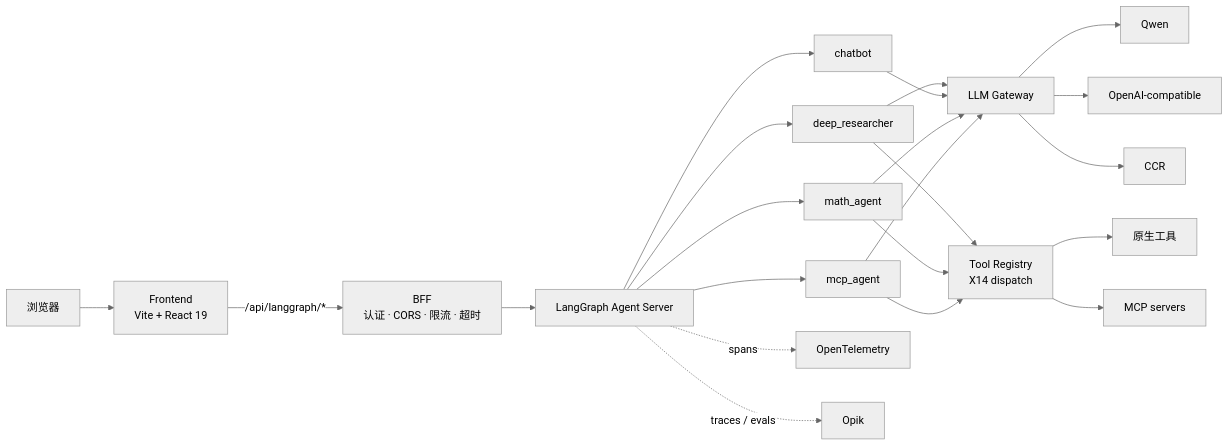
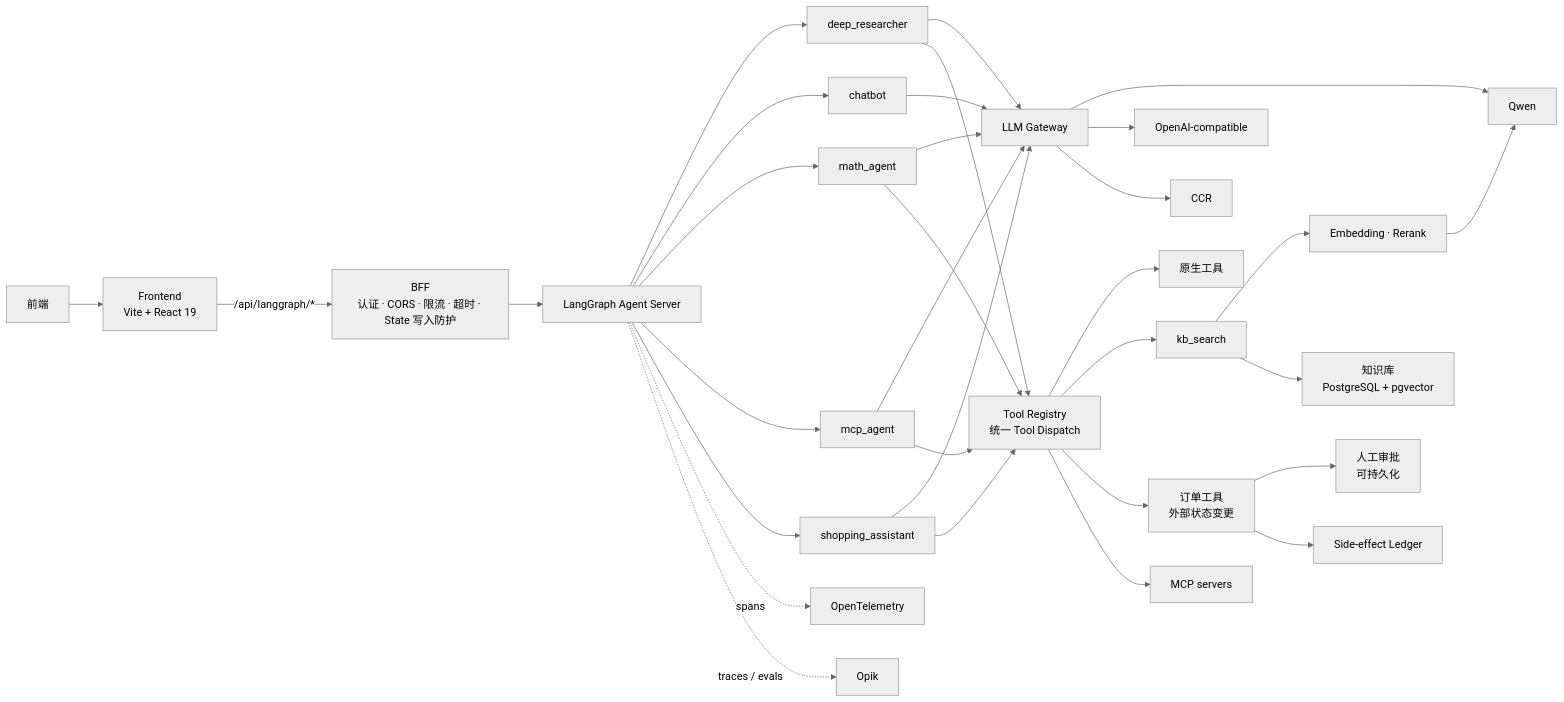
Before and after one commit to HsienW/chat-gun: the diagram in README.zh-CN.md, drawn with Mermaid (neutral theme). The commit also changed other lines of this file and 2 other files, not shown here.

````diff
--- a/README.zh-CN.md
+++ b/README.zh-CN.md
@@ -67,42 +159,59 @@
 ```mermaid
 flowchart LR
-  B["浏览器"]
+  B["前端"]
   F["Frontend<br/>Vite + React 19"]
-  G["BFF<br/>认证 · CORS · 限流 · 超时"]
+  G["BFF<br/>认证 · CORS · 限流 · 超时 · State 写入防护"]
   L["LangGraph Agent Server"]
   A1["deep_researcher"]
   A2["chatbot"]
   A3["math_agent"]
   A4["mcp_agent"]
+  A5["shopping_assistant"]
   GW["LLM Gateway"]
   Q["Qwen"]
   O["OpenAI-compatible"]
   C["CCR"]
-  TR["Tool Registry<br/>X14 dispatch"]
+  TR["Tool Registry<br/>统一 Tool Dispatch"]
   NT["原生工具"]
+  KB["kb_search"]
+  OD["订单工具<br/>外部状态变更"]
   MT["MCP servers"]
+  EM["Embedding · Rerank"]
+  KS["知识库<br/>PostgreSQL + pgvector"]
+  HI["人工审批<br/>可持久化"]
+  LG["Side-effect Ledger"]
   OT["OpenTelemetry"]
   OP["Opik"]
 
   B --> F
   F -->|"/api/langgraph/*"| G
   G --> L
   L --> A1
   L --> A2
   L --> A3
   L --> A4
+  L --> A5
   A1 --> GW
   A2 --> GW
   A3 --> GW
   A4 --> GW
+  A5 --> GW
   GW --> Q
   GW --> O
   GW --> C
   A1 --> TR
   A3 --> TR
   A4 --> TR
+  A5 --> TR
   TR --> NT
+  TR --> KB
+  TR --> OD
   TR --> MT
+  KB --> EM
+  KB --> KS
+  EM --> Q
+  OD --> HI
+  OD --> LG
   L -.->|"spans"| OT
   L -.->|"traces / evals"| OP
 ```
````
